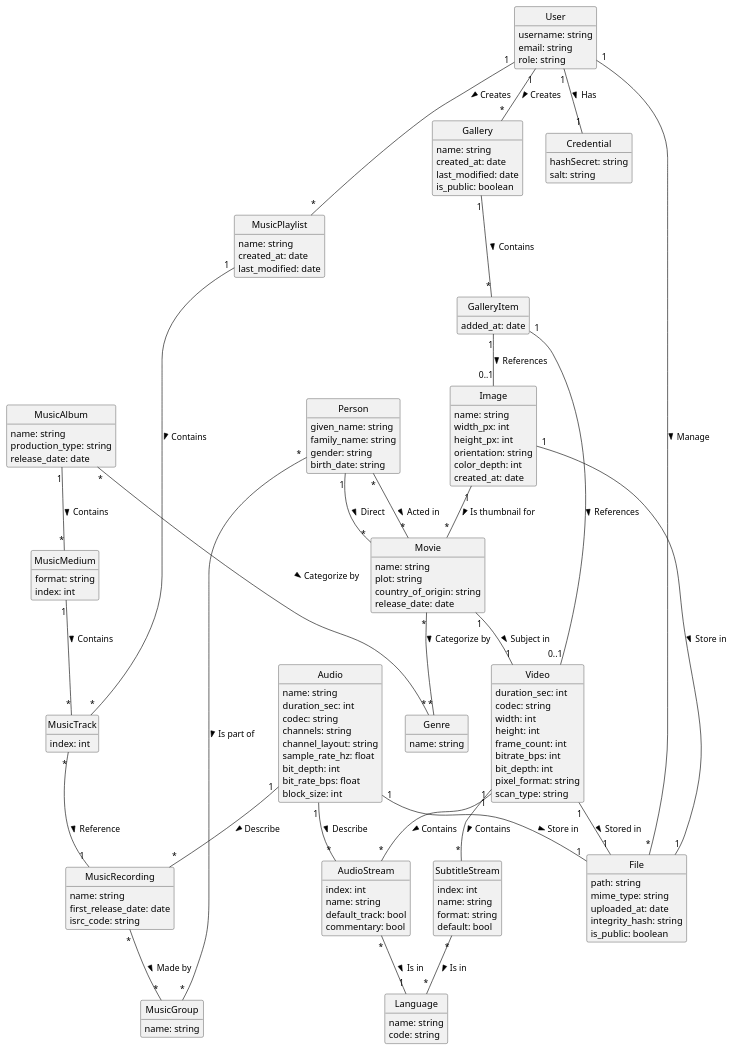
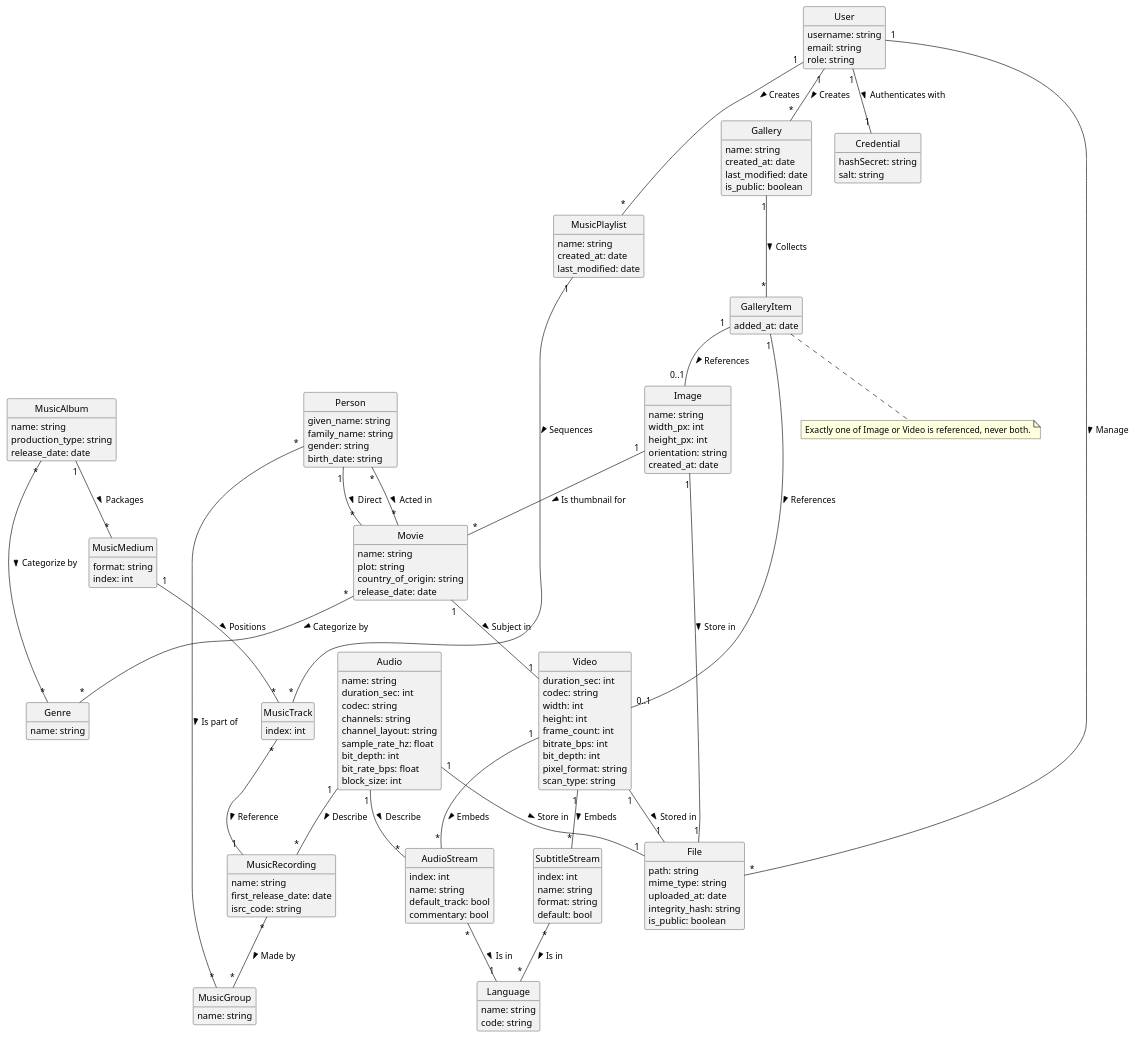
One commit to Mnemorium/mnemorium changed the first of 2 diagrams in docs/development/Overview.md. Above: the diagram before and after it, drawn with PlantUML. The commit also changed other lines of this file and 3 other files, not shown here.

````diff
--- a/docs/development/Overview.md
+++ b/docs/development/Overview.md
@@ -253,7 +258,6 @@
   width_px: int
   height_px: int
   orientation: string
-  color_depth: int
   created_at: date
 }
 
@@ -279,19 +283,19 @@
 Person "*" -- "*" MusicGroup: Is part of >
 
 
-MusicAlbum "1" -- "*" MusicMedium : Contains >
+MusicAlbum "1" -- "*" MusicMedium : Packages >
 MusicAlbum "*" -- "*" Genre: Categorize by >
 
-MusicMedium "1" -- "*" MusicTrack : Contains >
+MusicMedium "1" -- "*" MusicTrack : Positions >
 
-MusicPlaylist "1" -- "*" MusicTrack : Contains >
+MusicPlaylist "1" -- "*" MusicTrack : Sequences >
 
 MusicTrack "*" -- "1" MusicRecording : Reference >
 
 MusicRecording "*" -- "*" MusicGroup: Made by >
 
-Video "1" -- "*" AudioStream: Contains >
-Video "1" -- "*" SubtitleStream: Contains >
+Video "1" -- "*" AudioStream: Embeds >
+Video "1" -- "*" SubtitleStream: Embeds >
 Video "1" -- "1" File: Stored in >
 
 AudioStream "*" -- "1" Language: Is in >
@@ -302,7 +306,7 @@
 Image "1" -- "1" File: Store in >
 
 
-User "1" -- "1" Credential: Has >
+User "1" -- "1" Credential: Authenticates with >
 User "1" -- "*" MusicPlaylist : Creates >
 User "1" -- "*" Gallery: Creates >
 User "1" -- "*" File : Manage >
@@ -311,9 +315,13 @@
 Audio "1" -- "*" MusicRecording: Describe >
 Audio "1" -- "1" File: Store in >
 
-Gallery "1" -- "*" GalleryItem: Contains >
+Gallery "1" -- "*" GalleryItem: Collects >
 GalleryItem "1" -- "0..1" Image: References >
 GalleryItem "1" -- "0..1" Video: References >
 
+note bottom of GalleryItem
+  Exactly one of Image or Video is referenced, never both.
+end note
+
 @enduml
 ```
````
